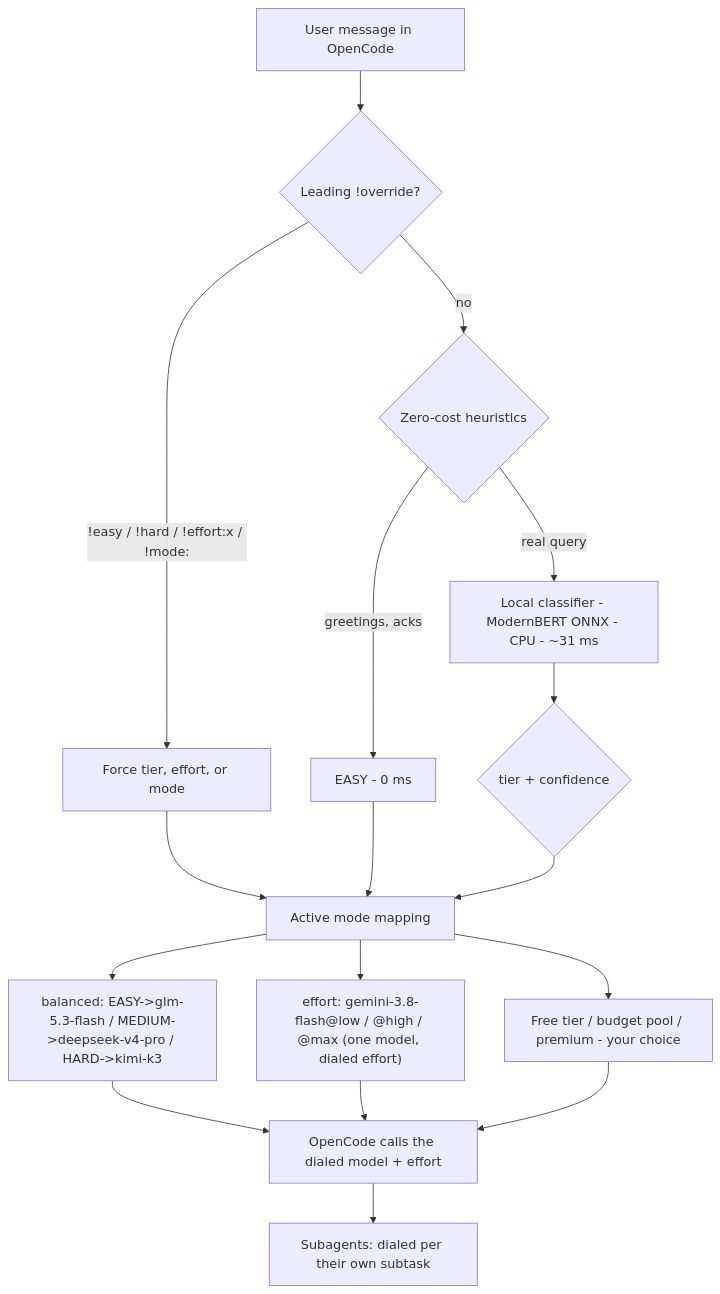
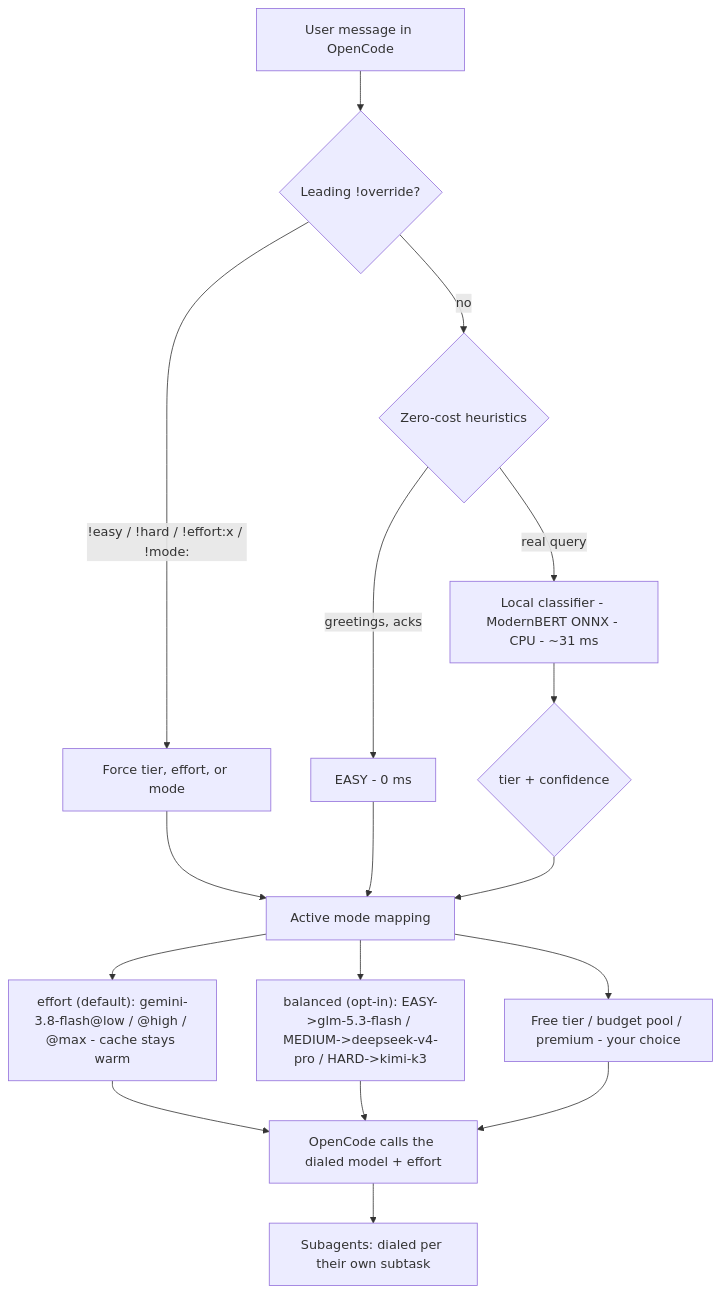
The diagram in README.md (ajaleelp/prompt-demux), drawn with Mermaid before and after one commit. The commit also changed other lines of this file and 6 other files, not shown here.

First line of the commit message:
Effort-first default + package renamed to opencode-effort-demux

````diff
--- a/README.md
+++ b/README.md
@@ -81,19 +81,19 @@
 ```mermaid
 flowchart TD
     A["User message in OpenCode"] --> B{"Leading !override?"}
     B -- "!easy / !hard / !effort:x / !mode:" --> C["Force tier, effort, or mode"]
     B -- no --> D{"Zero-cost heuristics"}
     D -- "greetings, acks" --> E["EASY - 0 ms"]
     D -- "real query" --> F["Local classifier - ModernBERT ONNX - CPU - ~31 ms"]
     F --> G{"tier + confidence"}
     C --> H["Active mode mapping"]
     E --> H
     G --> H
-    H --> I["balanced: EASY->glm-5.3-flash / MEDIUM->deepseek-v4-pro / HARD->kimi-k3"]
-    H --> I2["effort: gemini-3.8-flash@low / @high / @max (one model, dialed effort)"]
+    H --> I["effort (default): gemini-3.8-flash@low / @high / @max - cache stays warm"]
+    H --> I2["balanced (opt-in): EASY->glm-5.3-flash / MEDIUM->deepseek-v4-pro / HARD->kimi-k3"]
     I --> K["OpenCode calls the dialed model + effort"]
     I2 --> K
     H --> J["Free tier / budget pool / premium - your choice"]
     J --> K
     K --> L["Subagents: dialed per their own subtask"]
 ```
````
